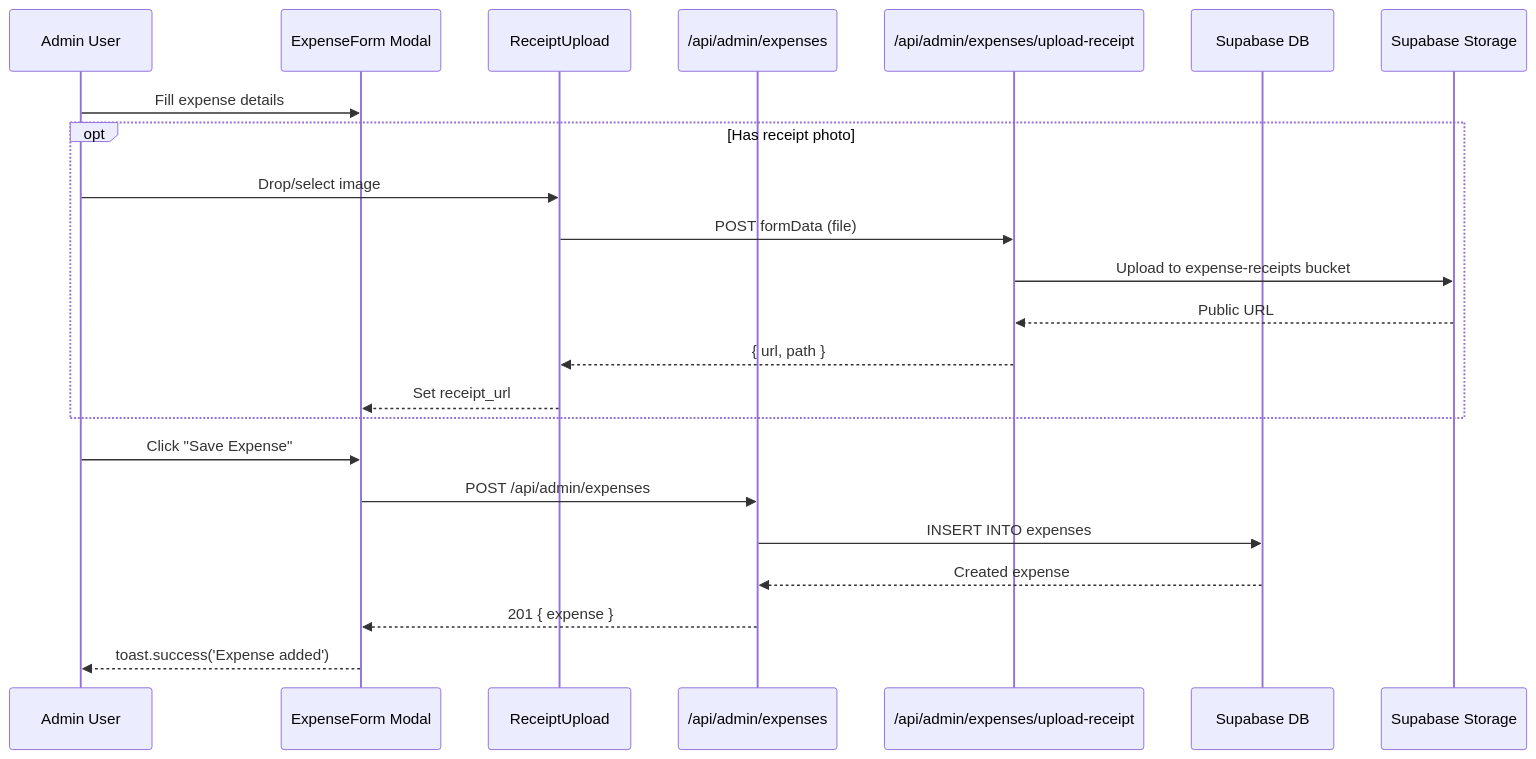
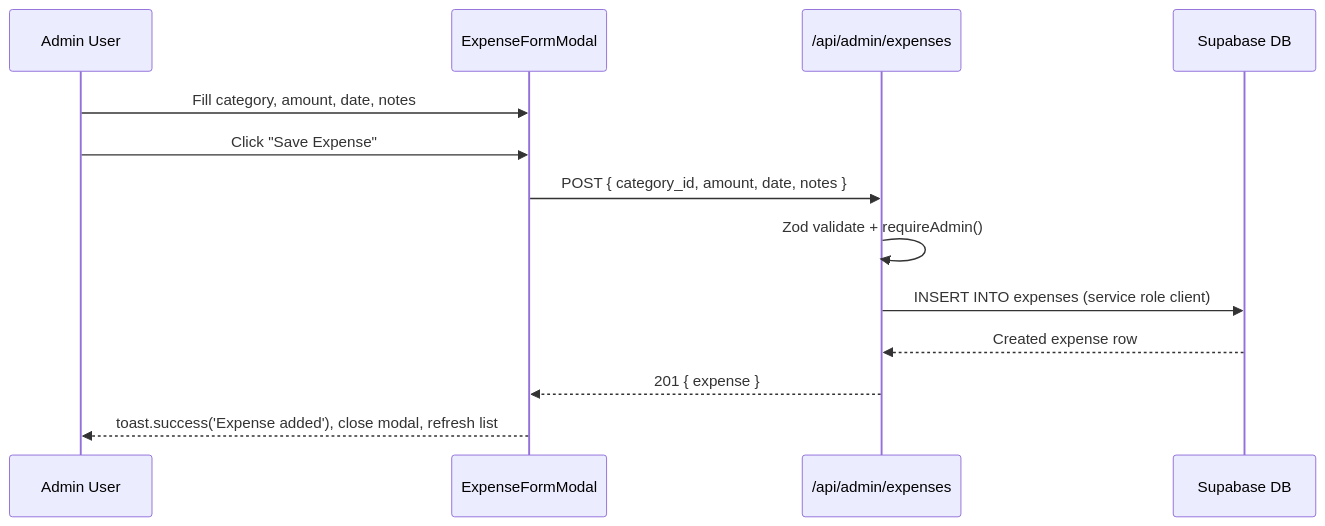
Before and after one commit to jonlee90/thepuppyday: the second of 2 diagrams in docs/specs/expense-feature/design.md, drawn with Mermaid. The commit also changed other lines of this file and 79 other files, not shown here.

````diff
--- a/docs/specs/expense-feature/design.md
+++ b/docs/specs/expense-feature/design.md
@@ -72,26 +71,16 @@
 ```mermaid
 sequenceDiagram
     participant User as Admin User
-    participant Form as ExpenseForm Modal
-    participant Upload as ReceiptUpload
+    participant Modal as ExpenseFormModal
     participant API as /api/admin/expenses
-    participant UpAPI as /api/admin/expenses/upload-receipt
     participant DB as Supabase DB
-    participant Storage as Supabase Storage
 
-    User->>Form: Fill expense details
-    opt Has receipt photo
-        User->>Upload: Drop/select image
-        Upload->>UpAPI: POST formData (file)
-        UpAPI->>Storage: Upload to expense-receipts bucket
-        Storage-->>UpAPI: Public URL
-        UpAPI-->>Upload: { url, path }
-        Upload-->>Form: Set receipt_url
-    end
-    User->>Form: Click "Save Expense"
-    Form->>API: POST /api/admin/expenses
-    API->>DB: INSERT INTO expenses
-    DB-->>API: Created expense
-    API-->>Form: 201 { expense }
-    Form-->>User: toast.success('Expense added')
+    User->>Modal: Fill category, amount, date, notes
+    User->>Modal: Click "Save Expense"
+    Modal->>API: POST { category_id, amount, date, notes }
+    API->>API: Zod validate + requireAdmin()
+    API->>DB: INSERT INTO expenses (service role client)
+    DB-->>API: Created expense row
+    API-->>Modal: 201 { expense }
+    Modal-->>User: toast.success('Expense added'), close modal, refresh list
 ```
````
